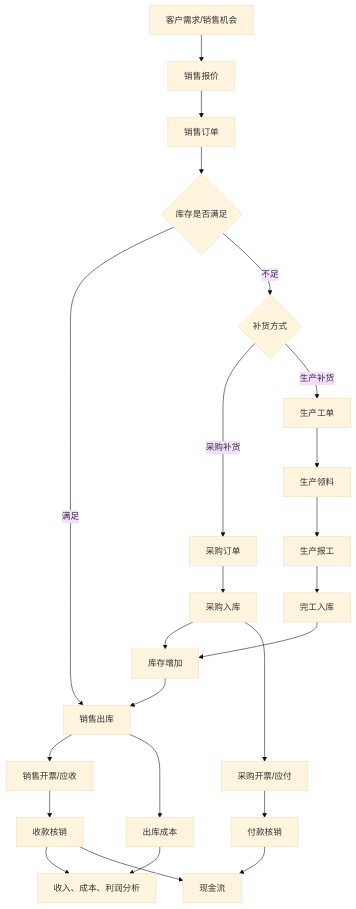
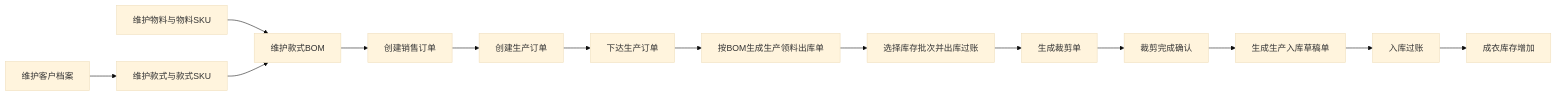
The first of 2 diagrams in doc/erp_business_model.md (cao529836869/cao-erp), drawn with Mermaid (base theme) before and after one commit. The commit also changed other lines of this file and 88 other files, not shown here.

````diff
--- a/doc/erp_business_model.md
+++ b/doc/erp_business_model.md
@@ -99,32 +292,16 @@
 ```mermaid
-flowchart TD
-    START["客户需求/销售机会"] --> QUOTE["销售报价"]
-    QUOTE --> ORDER["销售订单"]
-    ORDER --> CHECK_STOCK{"库存是否满足"}
-
-    CHECK_STOCK -- "满足" --> SALE_OUT["销售出库"]
-    CHECK_STOCK -- "不足" --> NEED{"补货方式"}
-
-    NEED -- "采购补货" --> PURCHASE["采购订单"]
-    PURCHASE --> PURCHASE_IN["采购入库"]
-    PURCHASE_IN --> STOCK_UP["库存增加"]
-
-    NEED -- "生产补货" --> WORK_ORDER["生产工单"]
-    WORK_ORDER --> MATERIAL_PICK["生产领料"]
-    MATERIAL_PICK --> PRODUCE["生产报工"]
-    PRODUCE --> FINISH_IN["完工入库"]
-    FINISH_IN --> STOCK_UP
-
-    STOCK_UP --> SALE_OUT
-    SALE_OUT --> INVOICE["销售开票/应收"]
-    INVOICE --> RECEIVE["收款核销"]
-    RECEIVE --> PROFIT["收入、成本、利润分析"]
-
-    PURCHASE_IN --> PAYABLE["采购开票/应付"]
-    PAYABLE --> PAY["付款核销"]
-
-    SALE_OUT --> COST["出库成本"]
-    COST --> PROFIT
-    PAY --> CASH_FLOW["现金流"]
-    RECEIVE --> CASH_FLOW
+flowchart LR
+    A["维护客户档案"] --> B["维护款式与款式SKU"]
+    C["维护物料与物料SKU"] --> D["维护款式BOM"]
+    B --> D
+    D --> E["创建销售订单"]
+    E --> F["创建生产订单"]
+    F --> G["下达生产订单"]
+    G --> H["按BOM生成生产领料出库单"]
+    H --> I["选择库存批次并出库过账"]
+    I --> J["生成裁剪单"]
+    J --> K["裁剪完成确认"]
+    K --> L["生成生产入库草稿单"]
+    L --> M["入库过账"]
+    M --> N["成衣库存增加"]
 ```
````
